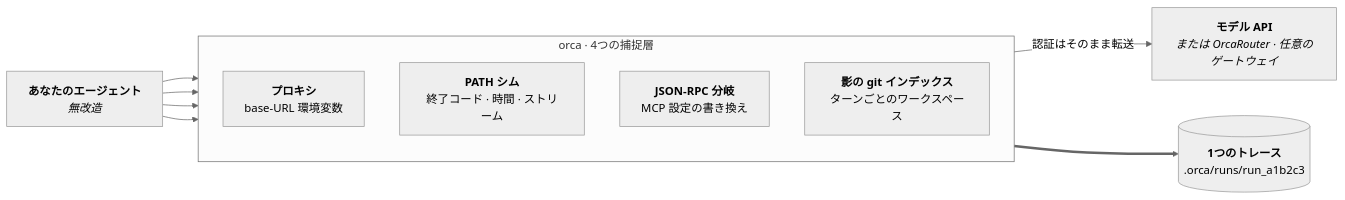
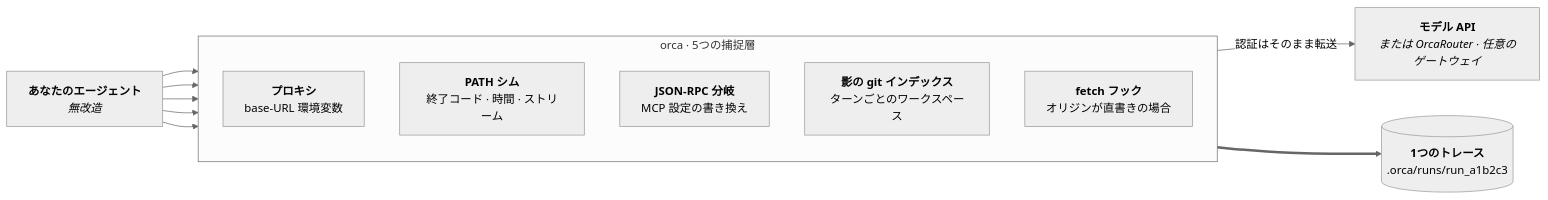
One commit to Continuum-AI-Corp/OrcaReplay changed the first of 2 diagrams in docs/i18n/README.ja.md. Above: the diagram before and after it, drawn with Mermaid. The commit also changed other lines of this file and 7 other files, not shown here.

````diff
--- a/docs/i18n/README.ja.md
+++ b/docs/i18n/README.ja.md
@@ -75,17 +76,18 @@
 ```mermaid
 %%{init: {'theme':'neutral'}}%%
 flowchart LR
     A["<b>あなたのエージェント</b><br/><i>無改造</i>"]
 
-    subgraph orca["orca · 4つの捕捉層"]
+    subgraph orca["orca · 5つの捕捉層"]
         direction TB
         P["<b>プロキシ</b><br/>base-URL 環境変数"]
         SH["<b>PATH シム</b><br/>終了コード · 時間 · ストリーム"]
         MC["<b>JSON-RPC 分岐</b><br/>MCP 設定の書き換え"]
         FS["<b>影の git インデックス</b><br/>ターンごとのワークスペース"]
+        FH["<b>fetch フック</b><br/>オリジンが直書きの場合"]
     end
 
-    A --> P & SH & MC & FS
+    A --> P & SH & MC & FS & FH
     P -->|"認証はそのまま転送"| U["<b>モデル API</b><br/><i>または OrcaRouter · 任意のゲートウェイ</i>"]
     orca ==> T[("<b>1つのトレース</b><br/>.orca/runs/run_a1b2c3")]
 ```
````
